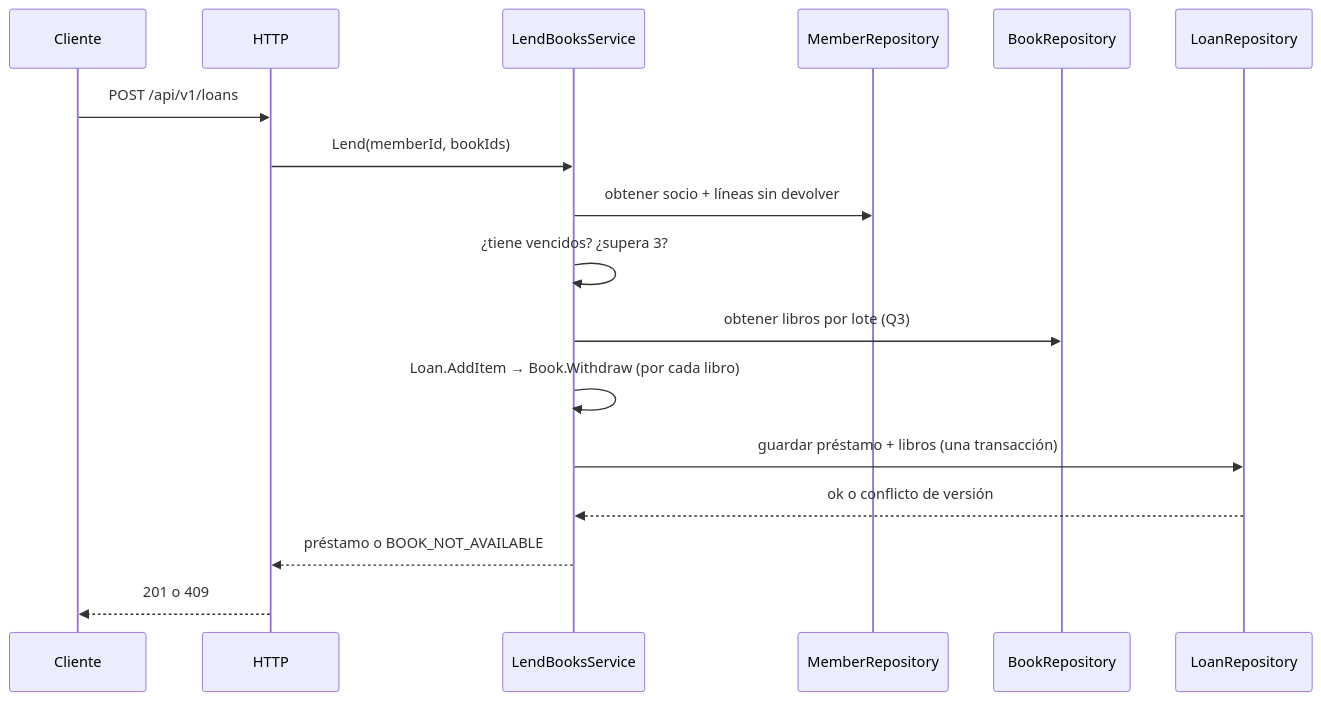
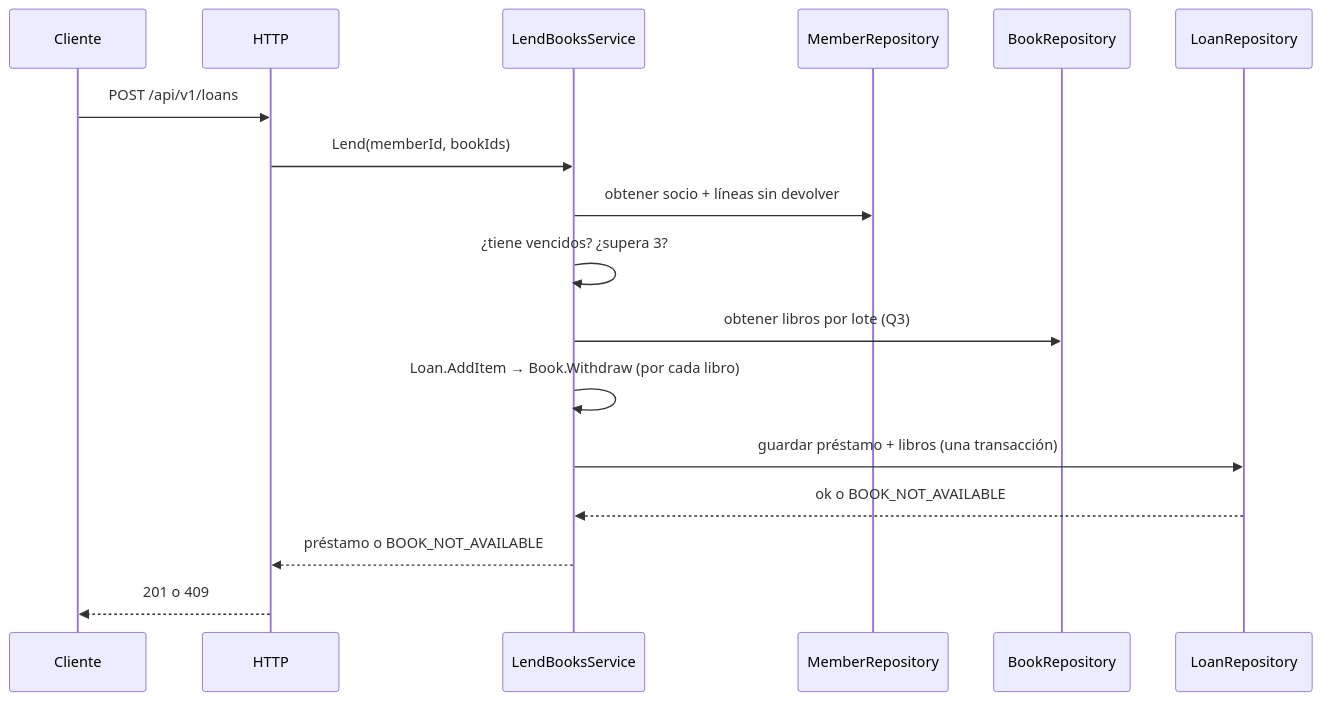
One commit to Juan-Chala-123/test-manager-library-3145556-docs changed the second of 2 diagrams in spec-php/architecture.md. Above: the diagram before and after it, drawn with Mermaid. The commit also changed 5 other files, not shown here.

````diff
--- a/spec-php/architecture.md
+++ b/spec-php/architecture.md
@@ -59,19 +59,19 @@
 ```mermaid
 sequenceDiagram
     participant C as Cliente
     participant H as HTTP
     participant S as LendBooksService
     participant M as MemberRepository
     participant B as BookRepository
     participant L as LoanRepository
     C->>H: POST /api/v1/loans
     H->>S: Lend(memberId, bookIds)
     S->>M: obtener socio + líneas sin devolver
     S->>S: ¿tiene vencidos? ¿supera 3?
     S->>B: obtener libros por lote (Q3)
     S->>S: Loan.AddItem → Book.Withdraw (por cada libro)
     S->>L: guardar préstamo + libros (una transacción)
-    L-->>S: ok o conflicto de versión
+    L-->>S: ok o BOOK_NOT_AVAILABLE
     S-->>H: préstamo o BOOK_NOT_AVAILABLE
     H-->>C: 201 o 409
 ```
````
